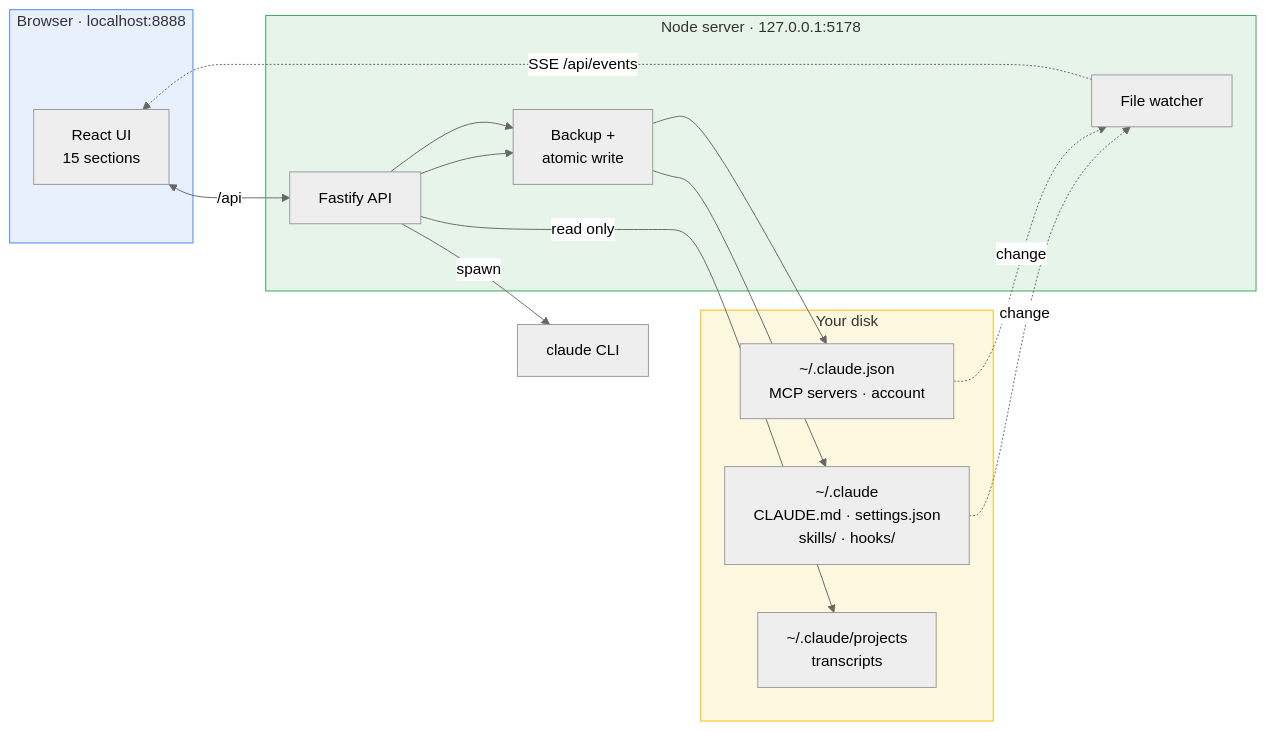
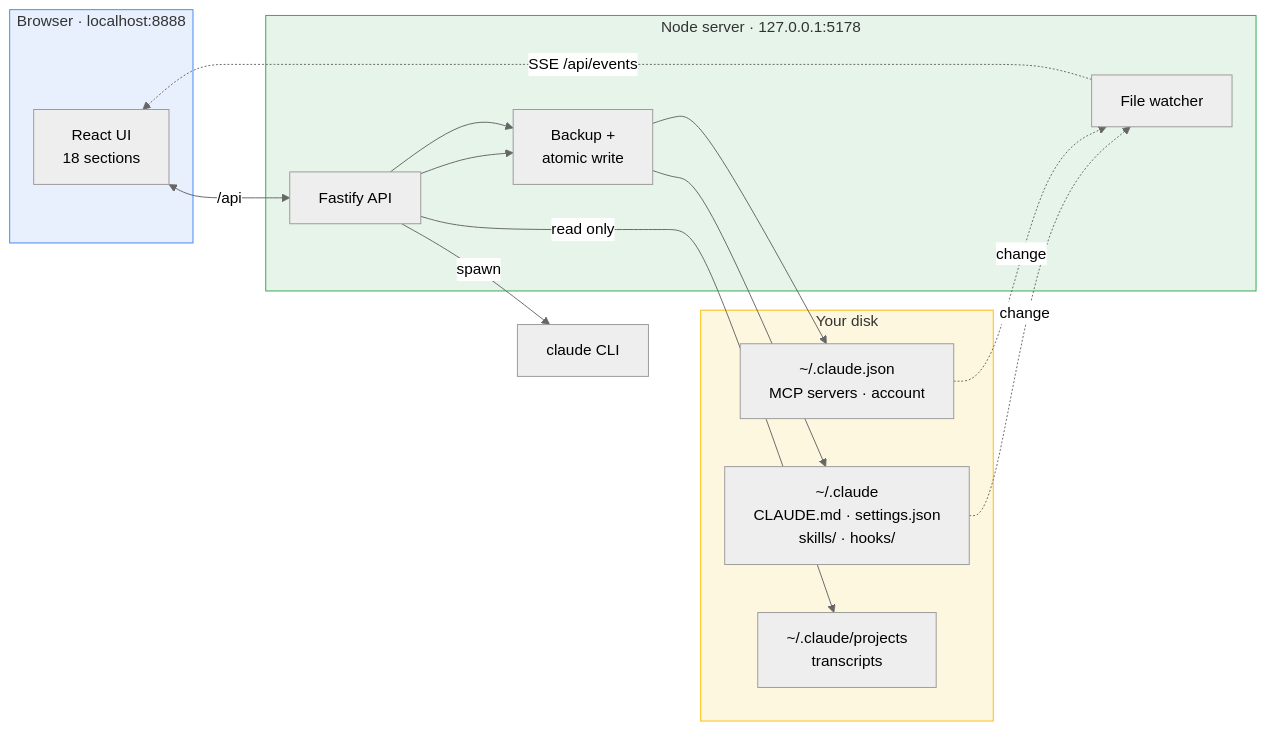
The first of 3 diagrams in README.md (rusyander/claude-control), drawn with Mermaid (neutral theme) before and after one commit. The commit also changed other lines of this file and 228 other files, not shown here.

````diff
--- a/README.md
+++ b/README.md
@@ -91,33 +96,33 @@
 ```mermaid
 flowchart LR
     subgraph browser["Browser · localhost:8888"]
-        UI["React UI<br/>15 sections"]
+        UI["React UI<br/>18 sections"]
     end
 
     subgraph server["Node server · 127.0.0.1:5178"]
         API["Fastify API"]
         WATCH["File watcher"]
         SAFE["Backup +<br/>atomic write"]
     end
 
     subgraph disk["Your disk"]
         CFG["~/.claude<br/>CLAUDE.md · settings.json<br/>skills/ · hooks/"]
         MCP["~/.claude.json<br/>MCP servers · account"]
         TR["~/.claude/projects<br/>transcripts"]
     end
 
     CLI["claude CLI"]
 
     UI <-->|"/api"| API
     API --> SAFE --> CFG
     API --> SAFE --> MCP
     API -->|read only| TR
     API -->|spawn| CLI
     CFG -.->|change| WATCH
     MCP -.->|change| WATCH
     WATCH -.->|"SSE /api/events"| UI
 
     style browser fill:#e8f0fe,stroke:#4285f4
     style server fill:#e6f4ea,stroke:#34a853
     style disk fill:#fef7e0,stroke:#fbbc04
 ```
````
